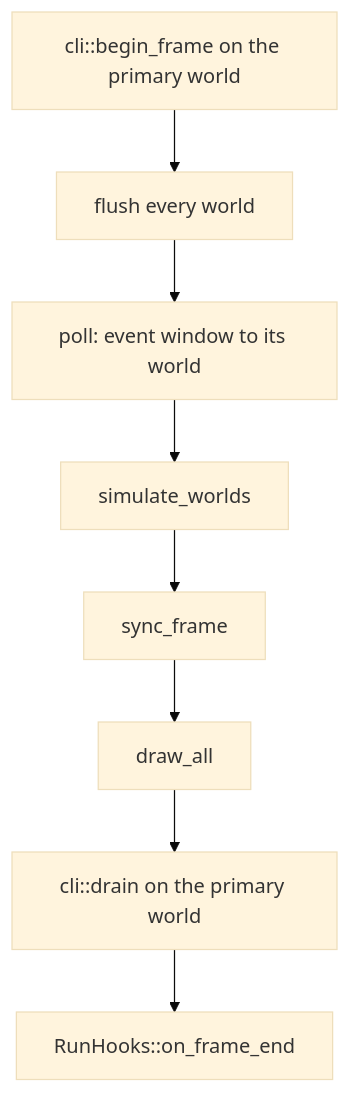
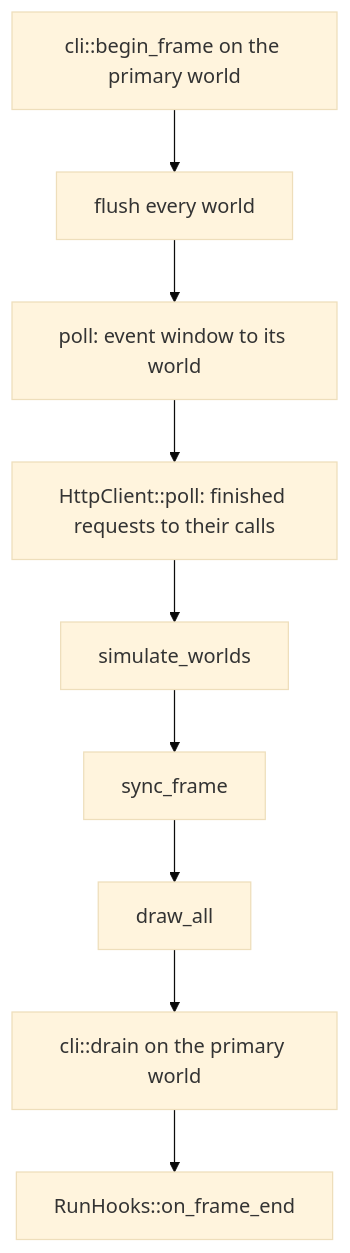
The diagram in docs/tech/architecture/Runtime Loop.md (wismh/wind-engine), drawn with Mermaid (base theme) before and after one commit. The commit also changed other lines of this file and 40 other files, not shown here.

Commit message:
wind-174 feat: send http requests from games through winhttp, jni, and emscripten fetch

````diff
--- a/docs/tech/architecture/Runtime Loop.md
+++ b/docs/tech/architecture/Runtime Loop.md
@@ -55,10 +55,11 @@
 ```mermaid
 flowchart TD
   A["cli::begin_frame on the primary world"] --> B["flush every world"]
   B --> C["poll: event window to its world"]
-  C --> D["simulate_worlds"]
+  C --> C2["HttpClient::poll: finished requests to their calls"]
+  C2 --> D["simulate_worlds"]
   D --> E["sync_frame"]
   E --> F["draw_all"]
   F --> G["cli::drain on the primary world"]
   G --> H["RunHooks::on_frame_end"]
 ```
````
